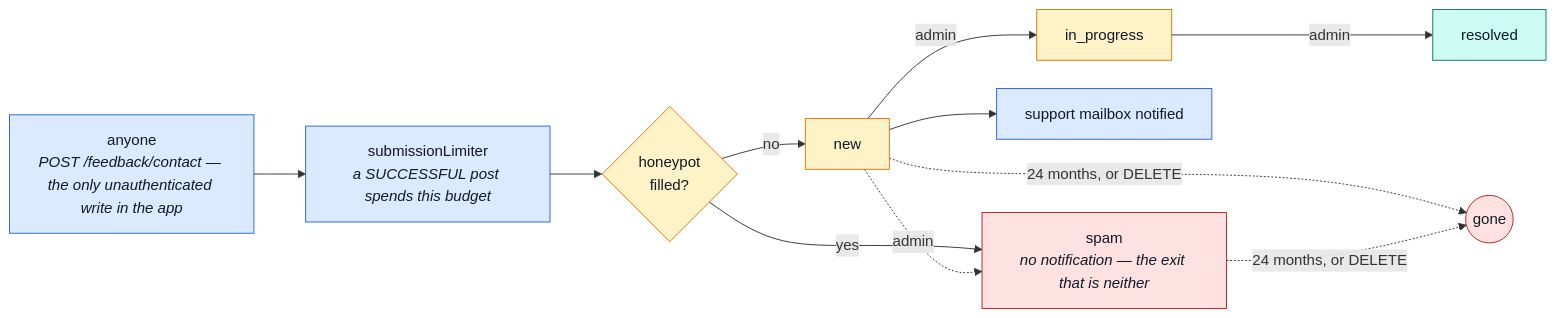
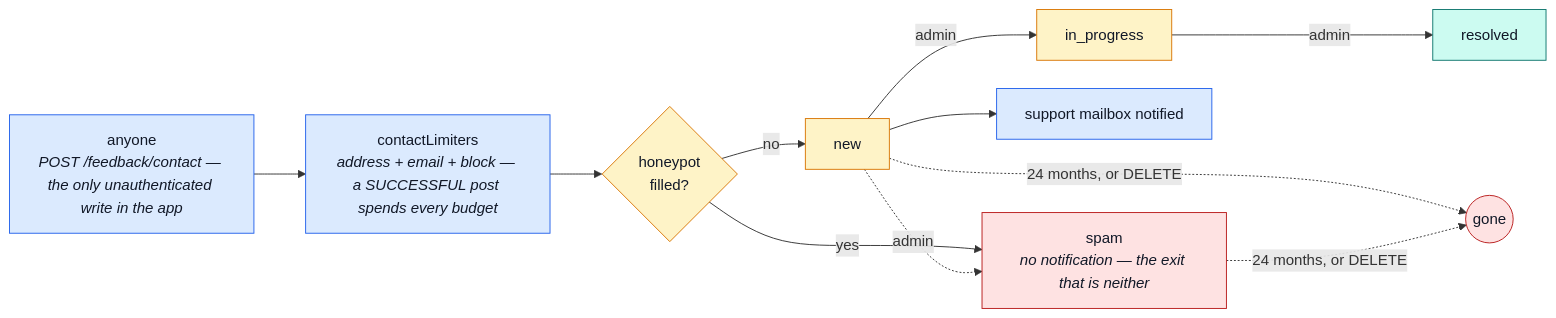
The second of 2 diagrams in docs/modules/feedback.md (Guebbit/boilerplate-node-backend), drawn with Mermaid before and after one commit. The commit also changed other lines of this file and 11 other files, not shown here.

First line of the commit message:
feat(security): key signup, reset and contact-form budgets on identity and address block

````diff
--- a/docs/modules/feedback.md
+++ b/docs/modules/feedback.md
@@ -75,23 +75,23 @@
 ```mermaid
 %%{init: {'flowchart': {'nodeSpacing': 30, 'rankSpacing': 55}}}%%
 flowchart LR
-    V["anyone<br/><i>POST /feedback/contact — the only unauthenticated write in the app</i>"] --> L["submissionLimiter<br/><i>a SUCCESSFUL post spends this budget</i>"]
+    V["anyone<br/><i>POST /feedback/contact — the only unauthenticated write in the app</i>"] --> L["contactLimiters<br/><i>address + email + block — a SUCCESSFUL post spends every budget</i>"]
     L --> H{"honeypot<br/>filled?"}
     H -->|no| N["new"]
     H -->|yes| S["spam<br/><i>no notification — the exit that is neither</i>"]
     N --> E["support mailbox notified"]
     N -->|admin| I["in_progress"]
     I -->|admin| R["resolved"]
     N -.->|admin| S
     N -.->|24 months, or DELETE| X(("gone"))
     S -.->|24 months, or DELETE| X
 
     classDef public fill:#dbeafe,stroke:#2563eb,color:#111827;
     classDef open fill:#fef3c7,stroke:#d97706,color:#111827;
     classDef done fill:#ccfbf1,stroke:#0f766e,color:#111827;
     classDef bad fill:#fee2e2,stroke:#b91c1c,color:#111827;
     class V,L,E public;
     class H,N,I open;
     class R done;
     class S,X bad;
 ```
````
